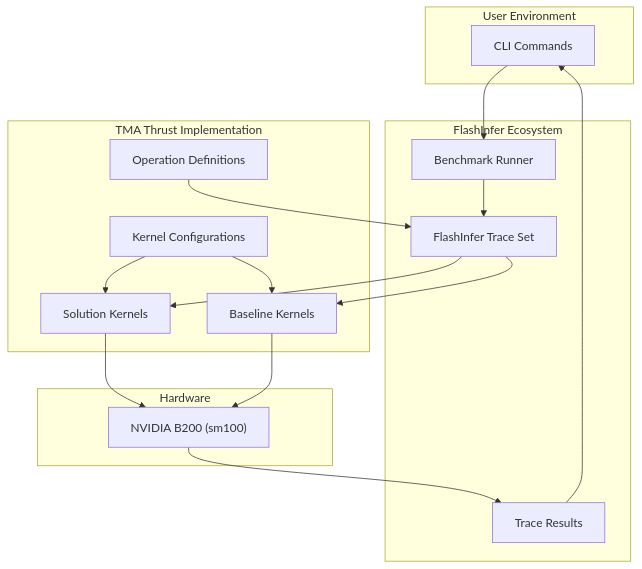
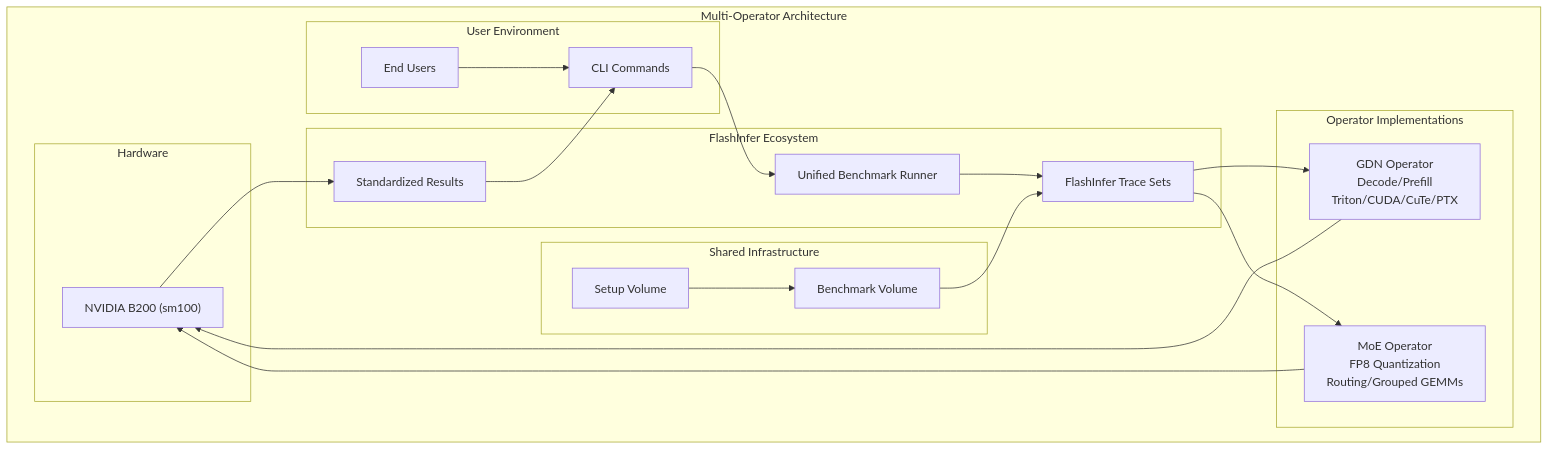
The fifth of 10 diagrams in .qoder/repowiki/en/content/Project Overview/Project Overview.md (gugudeshubao/flashinfer-bench-tma-thrust), drawn with Mermaid before and after one commit. The commit also changed other lines of this file and 23 other files, not shown here.

````diff
--- a/.qoder/repowiki/en/content/Project Overview/Project Overview.md
+++ b/.qoder/repowiki/en/content/Project Overview/Project Overview.md
@@ -140,31 +280,36 @@
 ```mermaid
 graph TB
+subgraph "Multi-Operator Architecture"
 subgraph "User Environment"
 CLI["CLI Commands"]
+ENDUSER["End Users"]
 end
 subgraph "FlashInfer Ecosystem"
-FS["FlashInfer Trace Set"]
-BM["Benchmark Runner"]
-TR["Trace Results"]
+FS["FlashInfer Trace Sets"]
+BM["Unified Benchmark Runner"]
+TR["Standardized Results"]
 end
-subgraph "TMA Thrust Implementation"
-CFG["Kernel Configurations"]
-SOL["Solution Kernels"]
-BL["Baseline Kernels"]
-DEF["Operation Definitions"]
+subgraph "Operator Implementations"
+GDN["GDN Operator<br/>Decode/Prefill<br/>Triton/CUDA/CuTe/PTX"]
+MOE["MoE Operator<br/>FP8 Quantization<br/>Routing/Grouped GEMMs"]
+end
+subgraph "Shared Infrastructure"
+SV["Setup Volume"]
+BV["Benchmark Volume"]
 end
 subgraph "Hardware"
 GPU["NVIDIA B200 (sm100)"]
 end
 CLI --> BM
+ENDUSER --> CLI
 BM --> FS
-FS --> SOL
-FS --> BL
-CFG --> SOL
-CFG --> BL
-DEF --> FS
-SOL --> GPU
-BL --> GPU
+FS --> GDN
+FS --> MOE
+GDN --> GPU
+MOE --> GPU
+SV --> BV
+BV --> FS
 GPU --> TR
 TR --> CLI
+end
 ```
````
